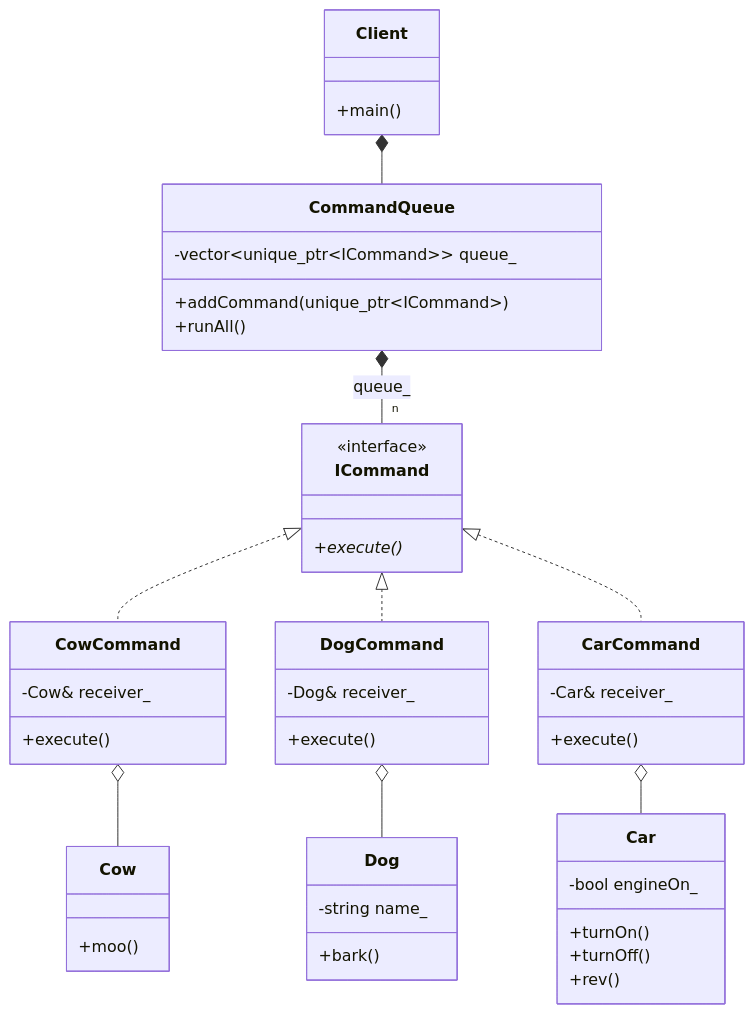
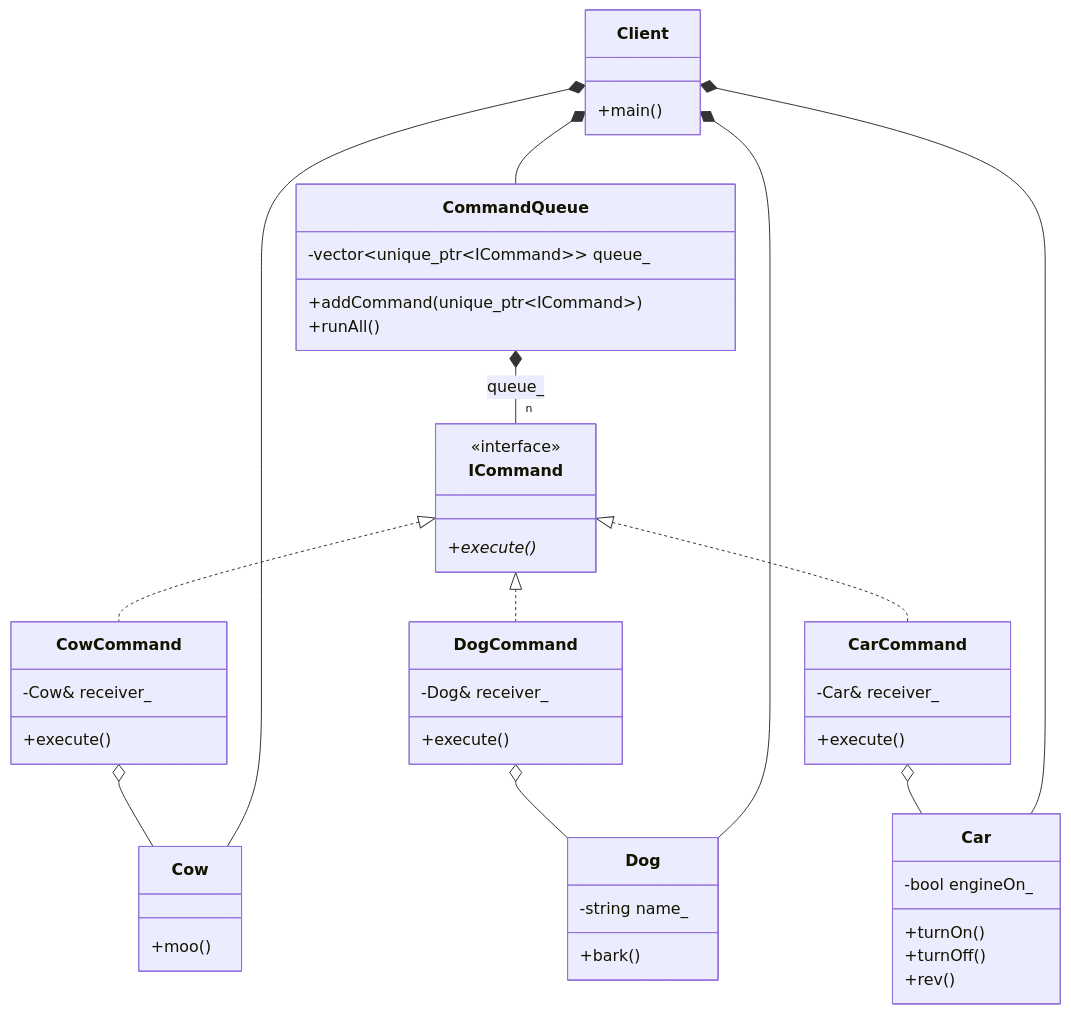
One commit to Cichlidfishexigency721/Modern-CPP-Design-Patterns changed the diagram in 19_Command/01_Command_GoF/README.md. Above: the diagram before and after it, drawn with Mermaid. The commit also changed 1 other file, not shown here.

Commit message:
UML improvement

````diff
--- a/19_Command/01_Command_GoF/README.md
+++ b/19_Command/01_Command_GoF/README.md
@@ -22,65 +22,70 @@
 ```mermaid
 classDiagram
    class ICommand {
       <<interface>>
       +execute()*
    }
 
    class CowCommand {
       -Cow& receiver_
       +execute()
    }
 
    class DogCommand {
       -Dog& receiver_
       +execute()
    }
 
    class CarCommand {
       -Car& receiver_
       +execute()
    }
 
    class Cow {
       +moo()
    }
 
    class Dog {
       -string name_
       +bark()
    }
 
    class Car {
       -bool engineOn_
       +turnOn()
       +turnOff()
       +rev()
    }
 
    class CommandQueue {
       -vector~unique_ptr~ICommand~~ queue_
       +addCommand(unique_ptr~ICommand~)
       +runAll()
    }
 
    class Client {
       +main()
    }
 
    %% Inheritance (Implements)
    ICommand <|.. CowCommand
    ICommand <|.. DogCommand
    ICommand <|.. CarCommand
 
    %% The CommandQueue owns the commands
    %% Composition (Has_a) - Multiplicity "n" at the end
    CommandQueue *-- "n" ICommand : queue_
 
    %% Commands depend on their Receivers to do the work
    CowCommand o-- Cow
    DogCommand o-- Dog
    CarCommand o-- Car
 
    %% Client orchestrates everything
    Client *-- CommandQueue
+
+   %% Client is the owner of the Receivers
+   Client *-- Cow
+   Client *-- Dog
+   Client *-- Car
 ```
````
